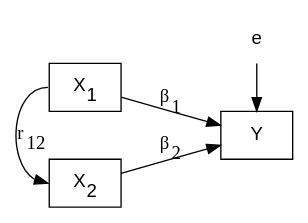
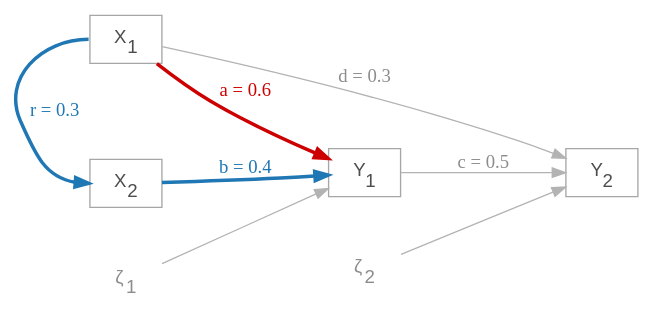
One commit to pennekampster/Swiss_SEM changed diagram 21 of 26 in 5_Slides/Intro_to_SEM_part1.qmd. Above: the diagram before and after it, drawn with Graphviz. The commit also changed other lines of this file and 5 other files, not shown here.

````diff
--- a/5_Slides/Intro_to_SEM_part1.qmd
+++ b/5_Slides/Intro_to_SEM_part1.qmd
@@ -1297,35 +1156,20 @@
 ```{dot}
-//| fig-width: 5
-//| fig-height: 3
-
+//| fig-width: 5.3
+//| fig-height: 2.5
 digraph {
-
-  # graph statement
-  graph [overlap = false, fontsize = 10, layout = dot, ranksep = 0.8, rankdir = LR]
-
-  # node statements
-  node [shape = box, fontname = Helvetica]
-  X1 [label = <X<SUB>1</SUB>> pos = "0,1!"]
-  X2 [label = <X<SUB>2</SUB>> pos = "0,-1!"]
-  Y [pos = "2,-0.5"]
-  
-  # error term
-  node [shape = plaintext, fontname = Helvetica]
-  e
-
-  # edge statements - causal paths
-  X1 -> Y [label = <β<SUB>1</SUB>>]
-  X2 -> Y [label = <β<SUB>2</SUB>>]
-  
-  # correlation between X1 and X2
-  X1:w -> X2:w [dir=both, label = <r<SUB>12</SUB>>]
-  
-  # error term on Y
-  e -> Y
-
-  # control the placement of elements
-  {rank = same; X1; X2}
-   {rank = same; Y; e}
-
+  graph [rankdir = LR, fontsize = 13, ranksep = 1.0, nodesep = 0.5]
+  node [shape = box, fontname = Helvetica, color = "gray65", fontcolor = "gray30"]
+  X1 [label = <X<SUB>1</SUB>>]; X2 [label = <X<SUB>2</SUB>>]
+  Y1 [label = <Y<SUB>1</SUB>>]; Y2 [label = <Y<SUB>2</SUB>>]
+  node [shape = plaintext, color = "gray65", fontcolor = "gray55"]
+  z1 [label = <&zeta;<SUB>1</SUB>>]; z2 [label = <&zeta;<SUB>2</SUB>>]
+  edge [color = "gray70", fontcolor = "gray55"]
+  Y1 -> Y2 [label = "c = 0.5"]; X1 -> Y2 [label = "d = 0.3"]
+  X1 -> Y1 [label = "a = 0.6", color = "#cc0000", penwidth = 2.6, fontcolor = "#cc0000"]
+  X1:w -> X2:w [dir = both, constraint = false, label = "r = 0.3", color = "#1f77b4", penwidth = 2.6, fontcolor = "#1f77b4"]
+  X2 -> Y1 [label = "b = 0.4", color = "#1f77b4", penwidth = 2.6, fontcolor = "#1f77b4"]
+  z1 -> Y1; z2 -> Y2
+  {rank = min; X1; X2}
+  {rank = max; Y2}
 }
 ```
````
